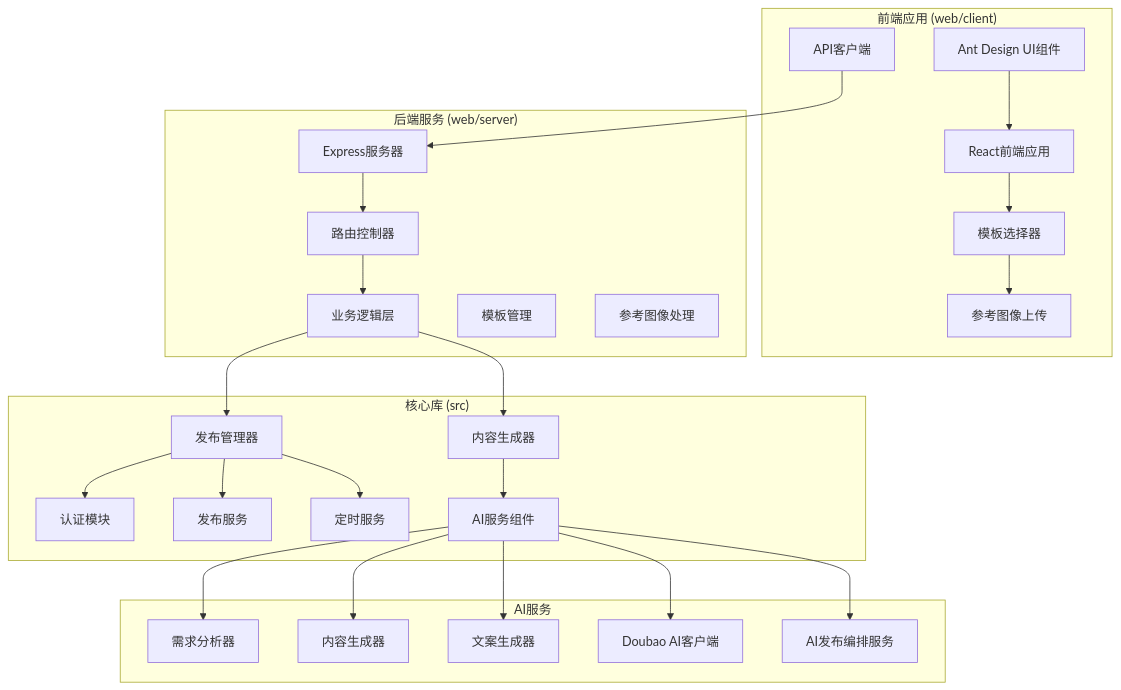
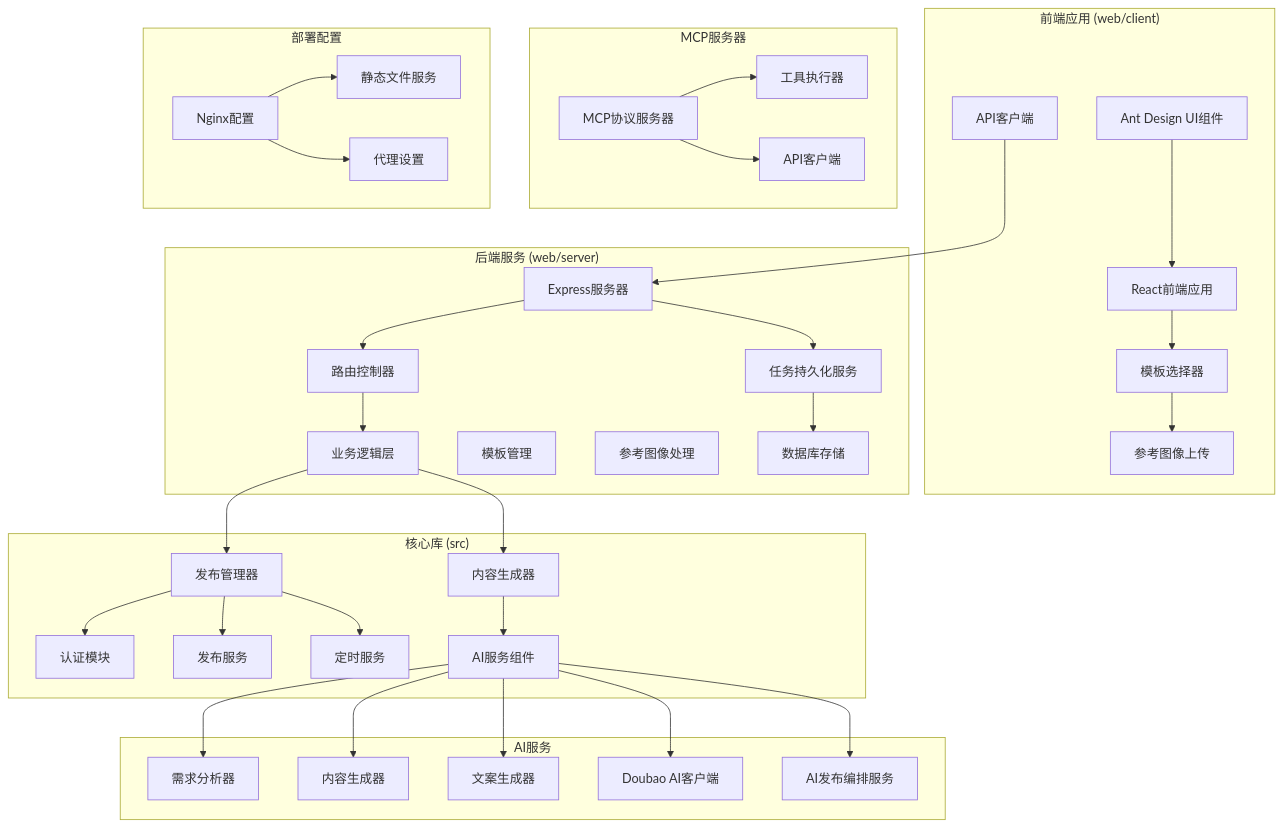
The first of 14 diagrams in .qoder/repowiki/zh/content/核心模块详解/AI内容生成系统.md (songdiyang/clawOperations), drawn with Mermaid before and after one commit. The commit also changed other lines of this file and 10 other files, not shown here.

````diff
--- a/.qoder/repowiki/zh/content/核心模块详解/AI内容生成系统.md
+++ b/.qoder/repowiki/zh/content/核心模块详解/AI内容生成系统.md
@@ -65,49 +81,67 @@
 ```mermaid
 graph TB
 subgraph "前端应用 (web/client)"
 A[React前端应用]
 B[Ant Design UI组件]
 C[API客户端]
 D[模板选择器]
 E[参考图像上传]
 end
 subgraph "后端服务 (web/server)"
 F[Express服务器]
 G[路由控制器]
 H[业务逻辑层]
 I[模板管理]
 J[参考图像处理]
+K[任务持久化服务]
+L[数据库存储]
 end
 subgraph "核心库 (src)"
-K[发布管理器]
-L[认证模块]
-M[发布服务]
-N[定时服务]
-O[内容生成器]
-P[AI服务组件]
+M[发布管理器]
+N[认证模块]
+O[发布服务]
+P[定时服务]
+Q[内容生成器]
+R[AI服务组件]
 end
 subgraph "AI服务"
-Q[需求分析器]
-R[内容生成器]
-S[文案生成器]
-T[Doubao AI客户端]
-U[AI发布编排服务]
+S[需求分析器]
+T[内容生成器]
+U[文案生成器]
+V[Doubao AI客户端]
+W[AI发布编排服务]
+end
+subgraph "MCP服务器"
+X[MCP协议服务器]
+Y[工具执行器]
+Z[API客户端]
+end
+subgraph "部署配置"
+AA[Nginx配置]
+BB[静态文件服务]
+CC[代理设置]
 end
 A --> D
 B --> A
 C --> F
 D --> E
 F --> G
 G --> H
-H --> K
+H --> M
+M --> N
+M --> O
+M --> P
+H --> Q
+Q --> R
+R --> S
+R --> T
+R --> U
+R --> V
+R --> W
+F --> K
 K --> L
-K --> M
-K --> N
-H --> O
-O --> P
-P --> Q
-P --> R
-P --> S
-P --> T
-P --> U
+X --> Y
+X --> Z
+AA --> BB
+AA --> CC
 ```
````
